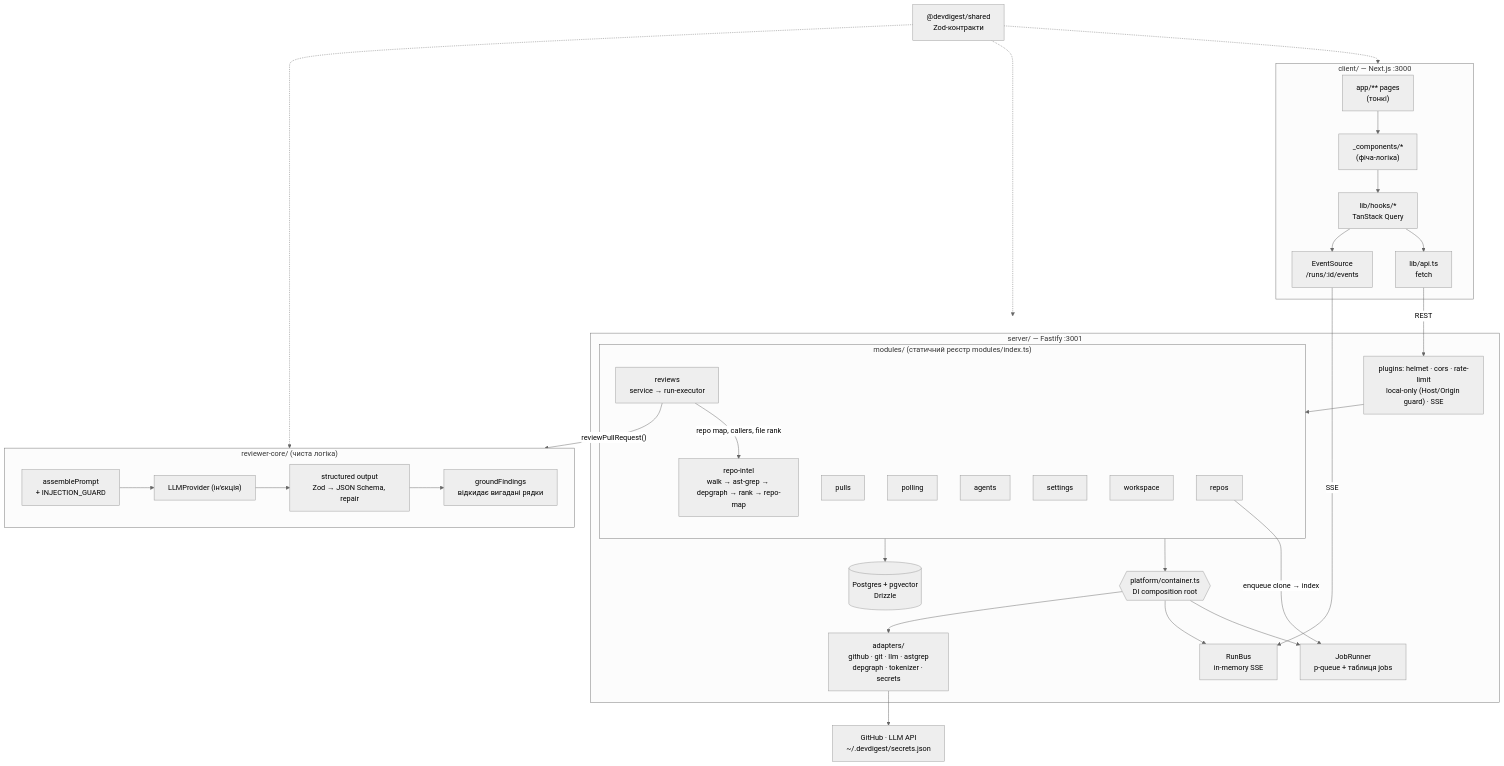
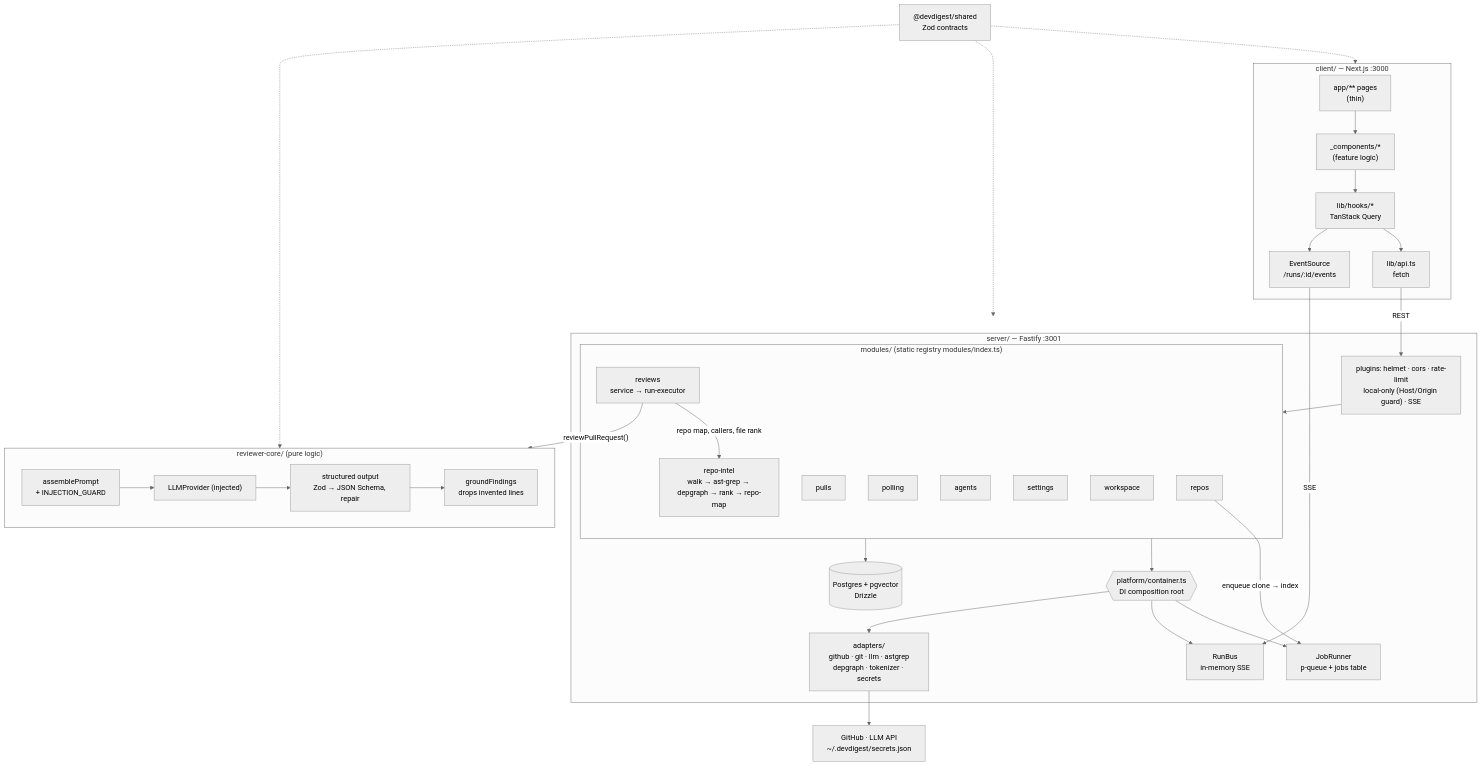
The first of 2 diagrams in docs/ONBOARDING.md (ai-agentic-engineering-neo/dev-digest), drawn with Mermaid (neutral theme) before and after one commit. The commit also changed other lines of this file and 19 other files, not shown here.

````diff
--- a/docs/ONBOARDING.md
+++ b/docs/ONBOARDING.md
@@ -25,42 +25,42 @@
 ```mermaid
 flowchart TB
   subgraph CLIENT["client/ — Next.js :3000"]
-    PAGES["app/** pages<br/>(тонкі)"] --> COMP["_components/*<br/>(фіча-логіка)"]
+    PAGES["app/** pages<br/>(thin)"] --> COMP["_components/*<br/>(feature logic)"]
     COMP --> HOOKS["lib/hooks/*<br/>TanStack Query"]
     HOOKS --> APIJS["lib/api.ts<br/>fetch"]
     HOOKS --> ES["EventSource<br/>/runs/:id/events"]
   end
 
   subgraph SERVER["server/ — Fastify :3001"]
     PLUG["plugins: helmet · cors · rate-limit<br/>local-only (Host/Origin guard) · SSE"]
     PLUG --> MODS
-    subgraph MODS["modules/ (статичний реєстр modules/index.ts)"]
+    subgraph MODS["modules/ (static registry modules/index.ts)"]
       repos & pulls & polling & agents & settings & workspace
       reviews["reviews<br/>service → run-executor"]
       ri["repo-intel<br/>walk → ast-grep → depgraph → rank → repo-map"]
     end
     MODS --> CONT{{"platform/container.ts<br/>DI composition root"}}
-    CONT --> JOBS["JobRunner<br/>p-queue + таблиця jobs"]
+    CONT --> JOBS["JobRunner<br/>p-queue + jobs table"]
     CONT --> BUS["RunBus<br/>in-memory SSE"]
     CONT --> ADP["adapters/<br/>github · git · llm · astgrep<br/>depgraph · tokenizer · secrets"]
     MODS --> DB[("Postgres + pgvector<br/>Drizzle")]
   end
 
-  subgraph CORE["reviewer-core/ (чиста логіка)"]
-    PROMPT["assemblePrompt<br/>+ INJECTION_GUARD"] --> LLMCALL["LLMProvider (ін'єкція)"]
+  subgraph CORE["reviewer-core/ (pure logic)"]
+    PROMPT["assemblePrompt<br/>+ INJECTION_GUARD"] --> LLMCALL["LLMProvider (injected)"]
     LLMCALL --> STRUCT["structured output<br/>Zod → JSON Schema, repair"]
-    STRUCT --> GROUND["groundFindings<br/>відкидає вигадані рядки"]
+    STRUCT --> GROUND["groundFindings<br/>drops invented lines"]
   end
 
-  SHARED["@devdigest/shared<br/>Zod-контракти"]
+  SHARED["@devdigest/shared<br/>Zod contracts"]
 
   APIJS -->|REST| PLUG
   ES -->|SSE| BUS
   reviews -->|"reviewPullRequest()"| CORE
   reviews -->|"repo map, callers, file rank"| ri
   repos -->|"enqueue clone → index"| JOBS
   ADP --> EXT["GitHub · LLM API<br/>~/.devdigest/secrets.json"]
   SHARED -.-> CLIENT
   SHARED -.-> SERVER
   SHARED -.-> CORE
 ```
````
